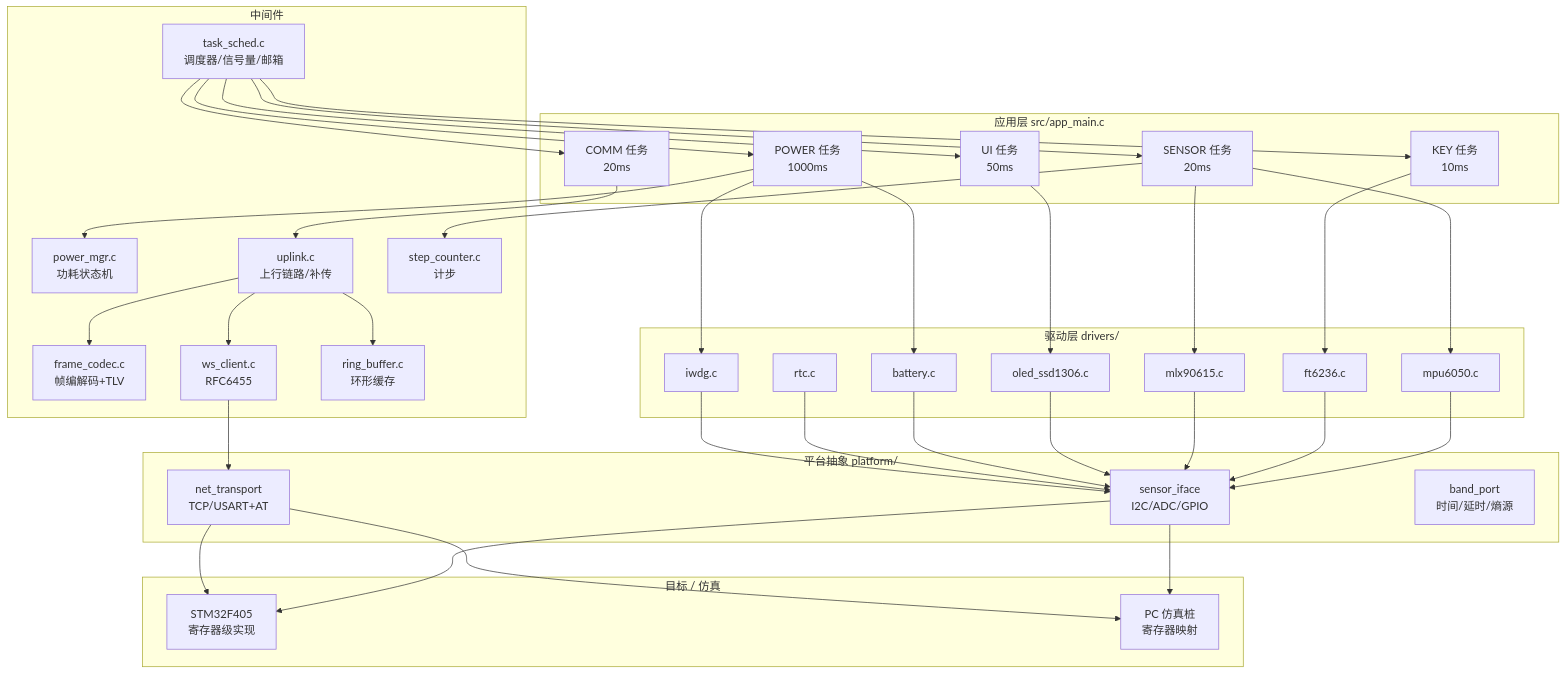
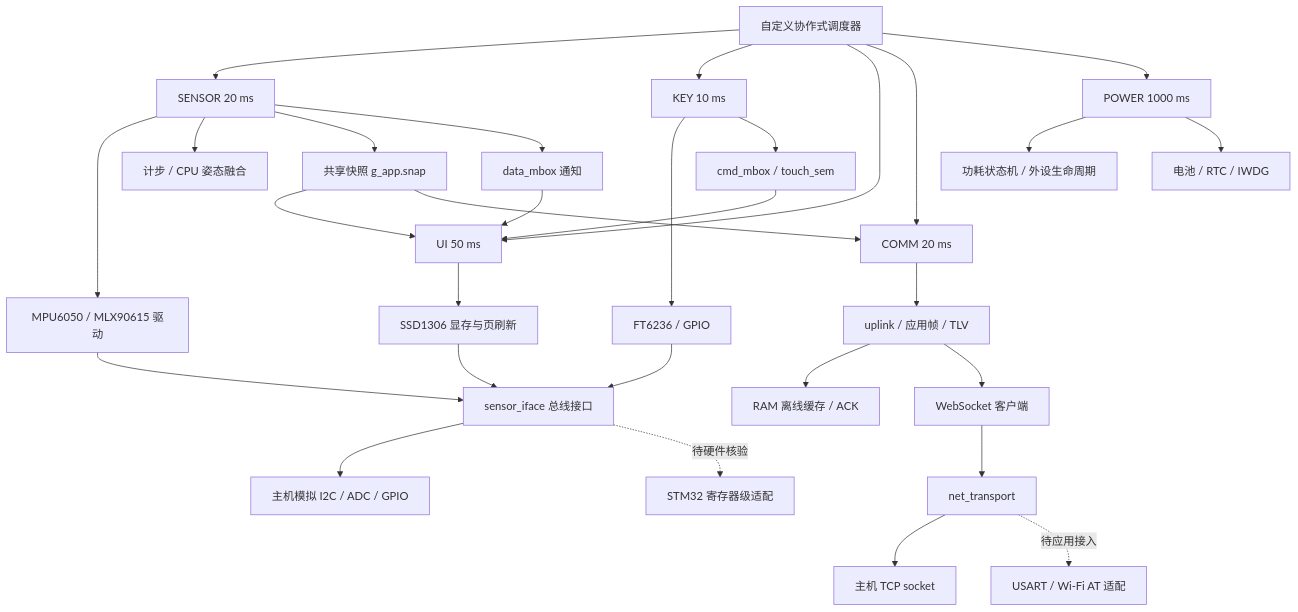
One commit to xiaoli5201314-spec/stm32-wearable-health-band changed the diagram in README.md. Above: the diagram before and after it, drawn with Mermaid. The commit also changed other lines of this file and 5 other files, not shown here.

Commit message:
docs: add project overview, architecture, source guide and host CI

````diff
--- a/README.md
+++ b/README.md
@@ -80,54 +39,34 @@
 ```mermaid
-graph TB
-    subgraph APP["应用层 src/app_main.c"]
-        T1["SENSOR 任务<br/>20ms"]
-        T2["KEY 任务<br/>10ms"]
-        T3["UI 任务<br/>50ms"]
-        T4["COMM 任务<br/>20ms"]
-        T5["POWER 任务<br/>1000ms"]
-    end
+flowchart TB
+    SCHED["自定义协作式调度器"] --> SENSOR["SENSOR 20 ms"]
+    SCHED --> KEY["KEY 10 ms"]
+    SCHED --> UI["UI 50 ms"]
+    SCHED --> COMM["COMM 20 ms"]
+    SCHED --> POWER["POWER 1000 ms"]
 
-    subgraph MID["中间件"]
-        S["task_sched.c<br/>调度器/信号量/邮箱"]
-        P["power_mgr.c<br/>功耗状态机"]
-        F["frame_codec.c<br/>帧编解码+TLV"]
-        U["uplink.c<br/>上行链路/补传"]
-        W["ws_client.c<br/>RFC6455"]
-        R["ring_buffer.c<br/>环形缓存"]
-        ST["step_counter.c<br/>计步"]
-    end
+    SENSOR --> DRV["MPU6050 / MLX90615 驱动"]
+    SENSOR --> ALGO["计步 / CPU 姿态融合"]
+    SENSOR --> SNAP["共享快照 g_app.snap"]
+    SENSOR --> DATA["data_mbox 通知"]
+    KEY --> TOUCH["FT6236 / GPIO"]
+    KEY --> INPUT["cmd_mbox / touch_sem"]
+    INPUT --> UI
+    DATA --> UI
+    SNAP --> UI
+    SNAP --> COMM
+    UI --> OLED["SSD1306 显存与页刷新"]
+    COMM --> UPLINK["uplink / 应用帧 / TLV"]
+    UPLINK --> CACHE["RAM 离线缓存 / ACK"]
+    UPLINK --> WS["WebSocket 客户端"]
+    WS --> NET["net_transport"]
+    POWER --> PM["功耗状态机 / 外设生命周期"]
+    POWER --> AUX["电池 / RTC / IWDG"]
 
-    subgraph DRV["驱动层 drivers/"]
-        D1["mpu6050.c"]
-        D2["ft6236.c"]
-        D3["mlx90615.c"]
-        D4["oled_ssd1306.c"]
-        D5["battery.c"]
-        D6["rtc.c"]
-        D7["iwdg.c"]
-    end
-
-    subgraph PAL["平台抽象 platform/"]
-        B1["sensor_iface<br/>I2C/ADC/GPIO"]
-        B2["net_transport<br/>TCP/USART+AT"]
-        B3["band_port<br/>时间/延时/熵源"]
-    end
-
-    subgraph TGT["目标 / 仿真"]
-        HW["STM32F405<br/>寄存器级实现"]
-        SIM["PC 仿真桩<br/>寄存器映射"]
-    end
-
-    T1 --> D1 & D3 & ST
-    T2 --> D2
-    T3 --> D4
-    T4 --> U
-    T5 --> P & D5 & D7
-    U --> W & R & F
-    W --> B2
-    D1 & D2 & D3 & D4 & D5 --> B1
-    D6 & D7 --> B1
-    S --> T1 & T2 & T3 & T4 & T5
-    B1 --> HW & SIM
-    B2 --> HW & SIM
+    DRV --> BUS["sensor_iface 总线接口"]
+    TOUCH --> BUS
+    OLED --> BUS
+    BUS --> SIM["主机模拟 I2C / ADC / GPIO"]
+    NET --> SOCKET["主机 TCP socket"]
+    BUS -.待硬件核验.-> STM["STM32 寄存器级适配"]
+    NET -.待应用接入.-> AT["USART / Wi-Fi AT 适配"]
 ```
````
